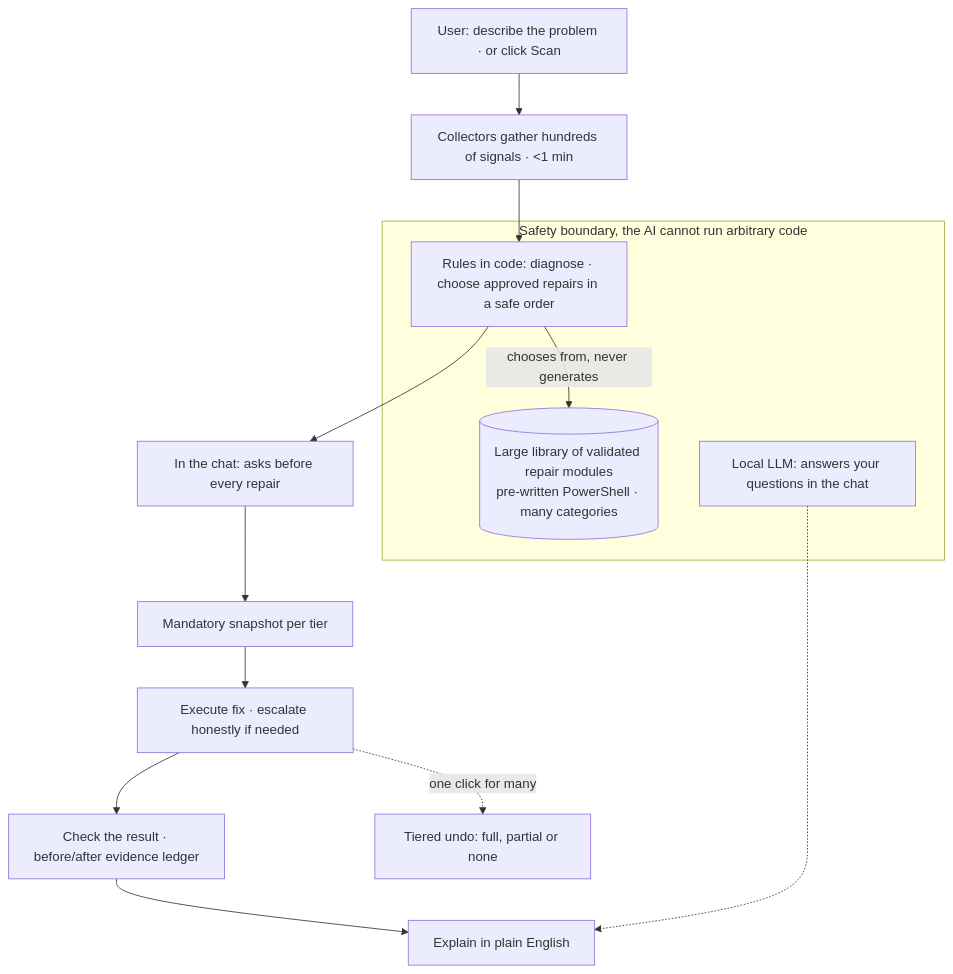
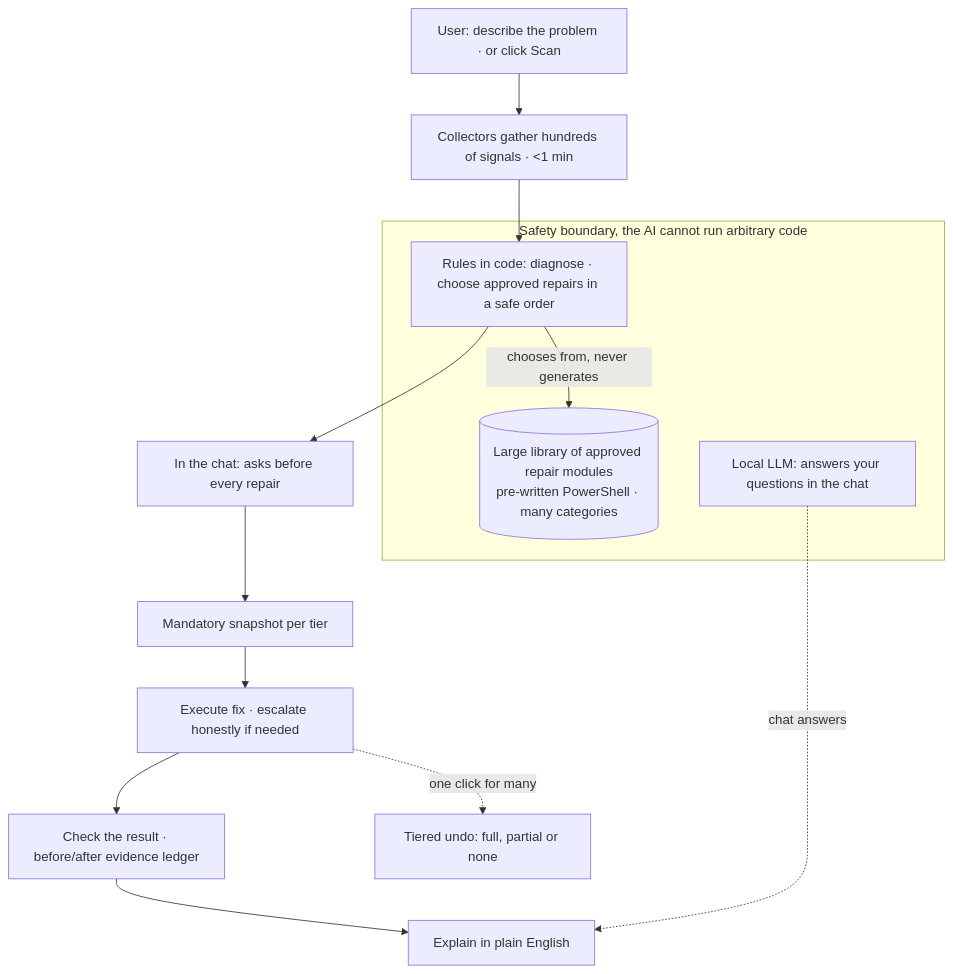
One commit to SFX-TECH/simplefixai-showcase changed the diagram in README.md. Above: the diagram before and after it, drawn with Mermaid. The commit also changed other lines of this file, not shown here.

First line of the commit message:
docs: the README names the cloud services and stops calling the whole library VM-validated

````diff
--- a/README.md
+++ b/README.md
@@ -67,18 +67,18 @@
 ```mermaid
 flowchart TD
     U["User: describe the problem · or click Scan"] --> C["Collectors gather hundreds of signals · &lt;1 min"]
     C --> R["Rules in code: diagnose · choose approved repairs in a safe order"]
-    R -->|chooses from, never generates| LIB[("Large library of validated repair modules<br/>pre-written PowerShell · many categories")]
+    R -->|chooses from, never generates| LIB[("Large library of approved repair modules<br/>pre-written PowerShell · many categories")]
     R --> ASK["In the chat: asks before every repair"]
     ASK --> SNAP["Mandatory snapshot per tier"]
     SNAP --> EXE["Execute fix · escalate honestly if needed"]
     EXE --> V["Check the result · before/after evidence ledger"]
     V --> EXP["Explain in plain English"]
-    AI["Local LLM: answers your questions in the chat"] -.-> EXP
+    AI["Local LLM: answers your questions in the chat"] -. chat answers .-> EXP
     EXE -. one click for many .-> UNDO["Tiered undo: full, partial or none"]
     subgraph SB ["Safety boundary, the AI cannot run arbitrary code"]
       R
       AI
       LIB
     end
 ```
````
